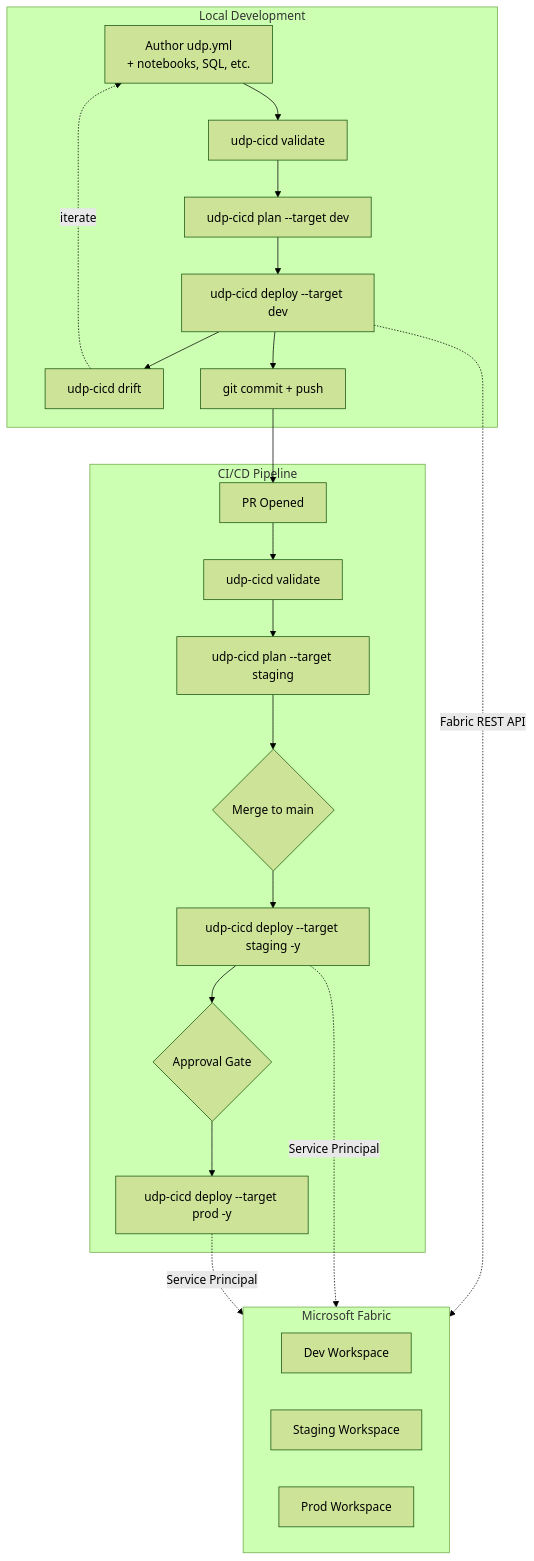
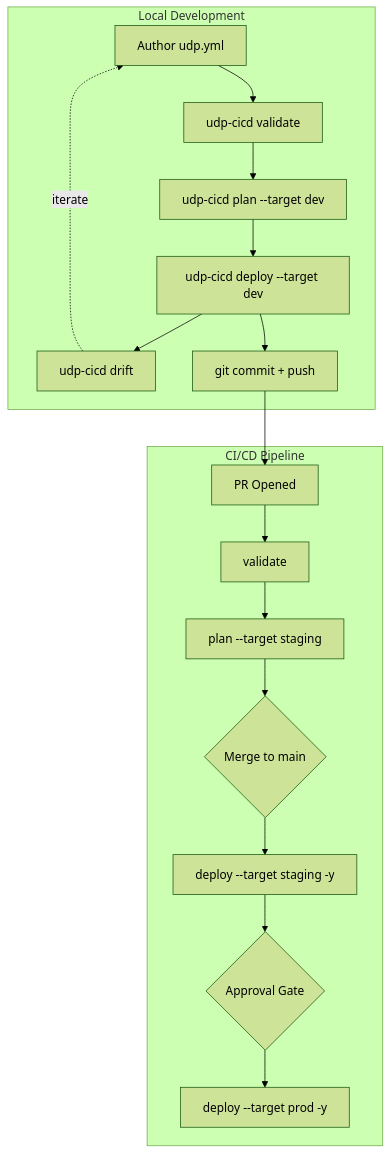
Before and after one commit to PatrickGallucci/udp-cicd: the diagram in README.md, drawn with Mermaid (forest theme). The commit also changed other lines of this file and 12 other files, not shown here.

````diff
--- a/README.md
+++ b/README.md
@@ -512,32 +468,22 @@
 ```mermaid
 flowchart TB
     subgraph local["Local Development"]
-        A["Author udp.yml\n+ notebooks, SQL, etc."] --> B["udp-cicd validate"]
+        A["Author udp.yml"] --> B["udp-cicd validate"]
         B --> C["udp-cicd plan --target dev"]
         C --> D["udp-cicd deploy --target dev"]
         D --> E["udp-cicd drift"]
         E -.->|"iterate"| A
         D --> F["git commit + push"]
     end
 
     subgraph cicd["CI/CD Pipeline"]
-        G["PR Opened"] --> H["udp-cicd validate"]
-        H --> I["udp-cicd plan --target staging"]
+        G["PR Opened"] --> H["validate"]
+        H --> I["plan --target staging"]
         I --> J{Merge to main}
-        J --> K["udp-cicd deploy --target staging -y"]
+        J --> K["deploy --target staging -y"]
         K --> L{Approval Gate}
-        L --> M["udp-cicd deploy --target prod -y"]
-    end
-
-    subgraph udp["Microsoft Fabric"]
-        direction LR
-        DEV["Dev Workspace"]
-        STG["Staging Workspace"]
-        PRD["Prod Workspace"]
+        L --> M["deploy --target prod -y"]
     end
 
     F --> G
-    D -.->|"Fabric REST API"| DEV
-    K -.->|"Service Principal"| STG
-    M -.->|"Service Principal"| PRD
 ```
````
